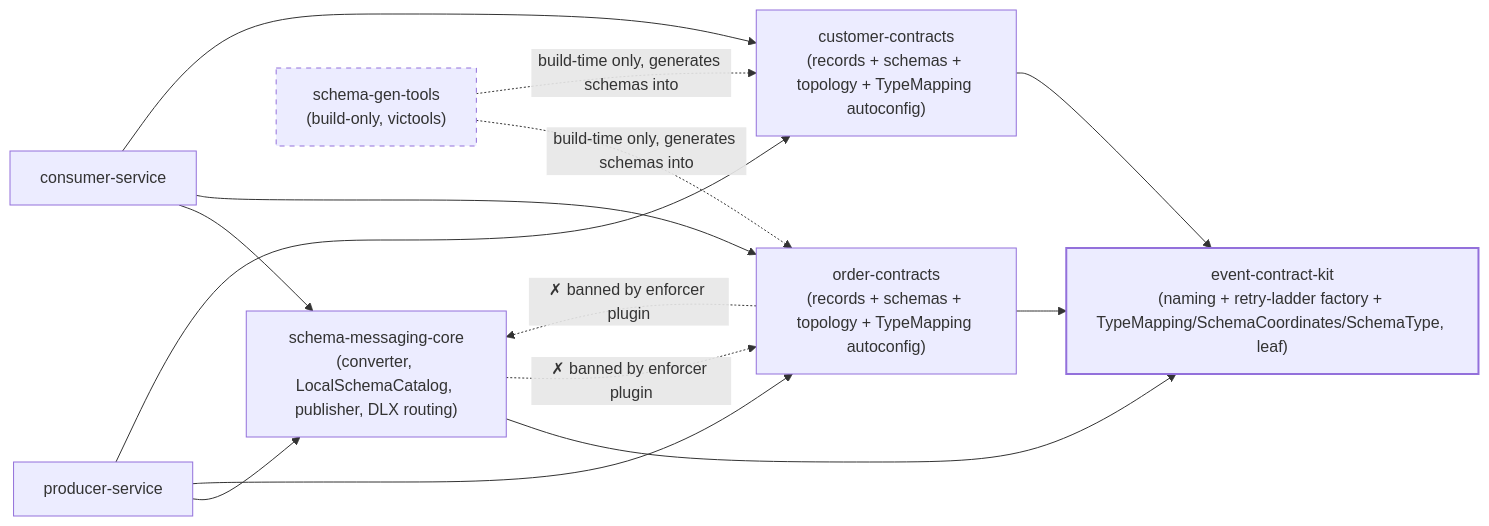
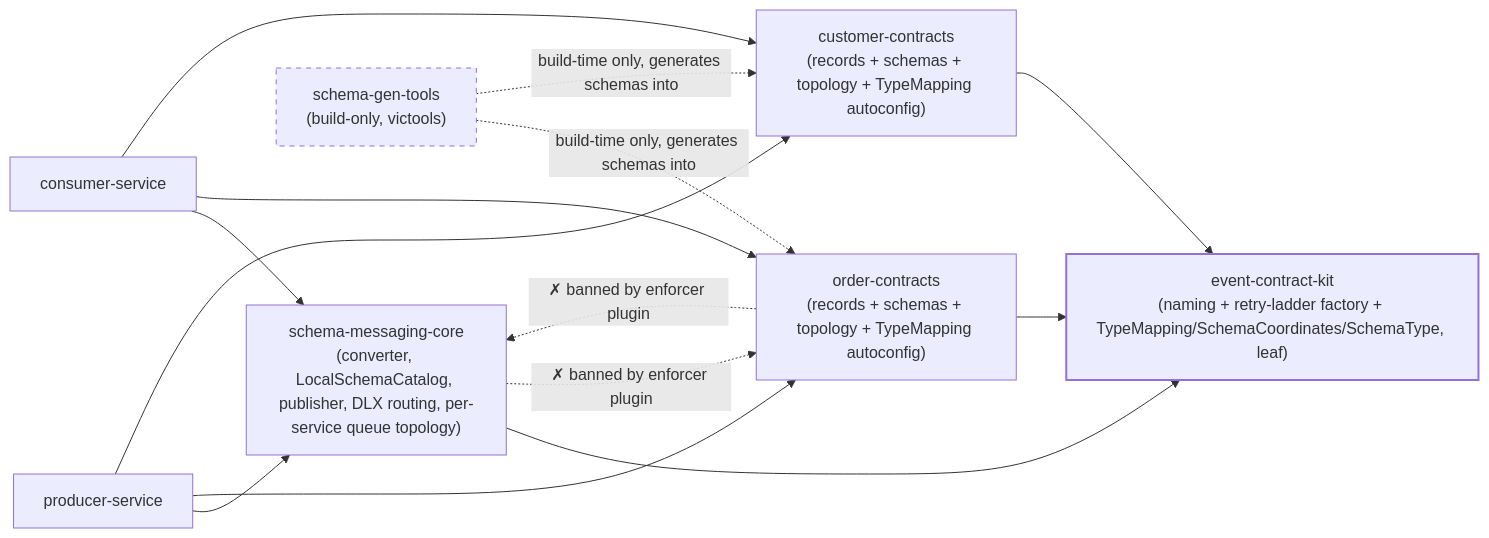
The first of 4 diagrams in docs/TUTORIAL.md (anarefin/schema-registry-demo), drawn with Mermaid before and after one commit. The commit also changed other lines of this file and 19 other files, not shown here.

Commit message:
feat(amqp-topology): implement per-service queue and DLQ naming conventions

````diff
--- a/docs/TUTORIAL.md
+++ b/docs/TUTORIAL.md
@@ -59,28 +59,28 @@
 ```mermaid
 graph LR
-    core["schema-messaging-core<br/>(converter, LocalSchemaCatalog, publisher, DLX routing)"]
+    core["schema-messaging-core<br/>(converter, LocalSchemaCatalog, publisher, DLX routing, per-service queue topology)"]
     kit["event-contract-kit<br/>(naming + retry-ladder factory + TypeMapping/SchemaCoordinates/SchemaType, leaf)"]
     oc["order-contracts<br/>(records + schemas + topology + TypeMapping autoconfig)"]
     cc["customer-contracts<br/>(records + schemas + topology + TypeMapping autoconfig)"]
     gen["schema-gen-tools<br/>(build-only, victools)"]
     prod["producer-service"]
     cons["consumer-service"]
 
     oc --> kit
     cc --> kit
     core --> kit
     prod --> core
     prod --> oc
     prod --> cc
     cons --> core
     cons --> oc
     cons --> cc
     gen -.->|build-time only, generates schemas into| oc
     gen -.->|build-time only, generates schemas into| cc
 
     core -.->|"✗ banned by enforcer plugin"| oc
     oc -.->|"✗ banned by enforcer plugin"| core
 
     style gen stroke-dasharray: 5 5
     style kit stroke-width:2px
 ```
````
